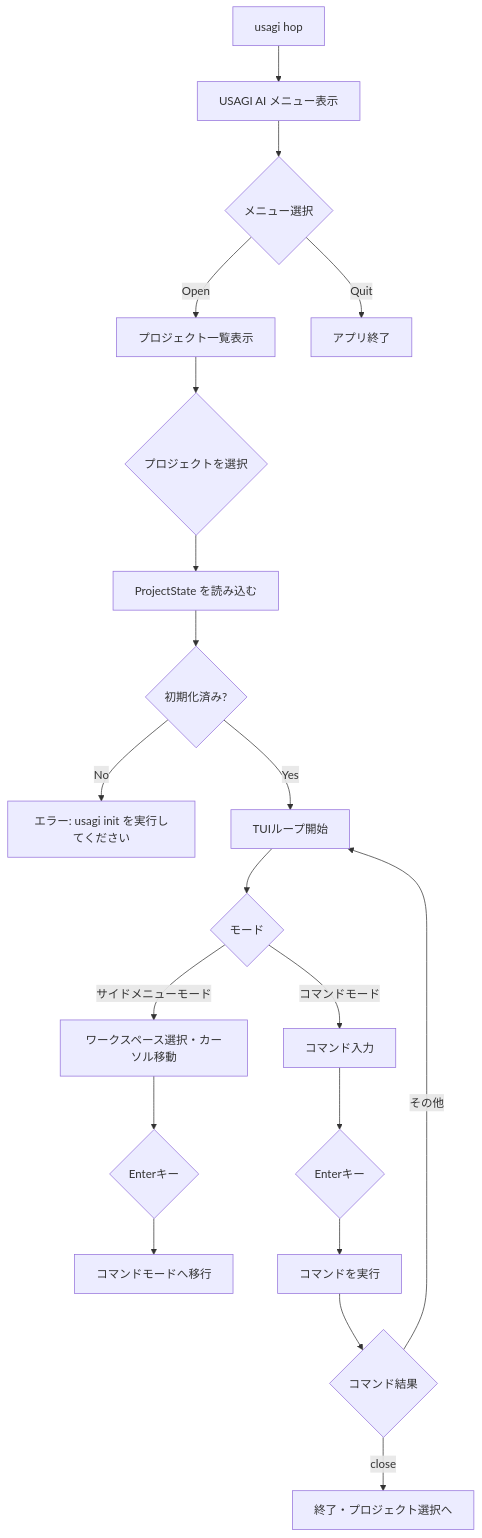
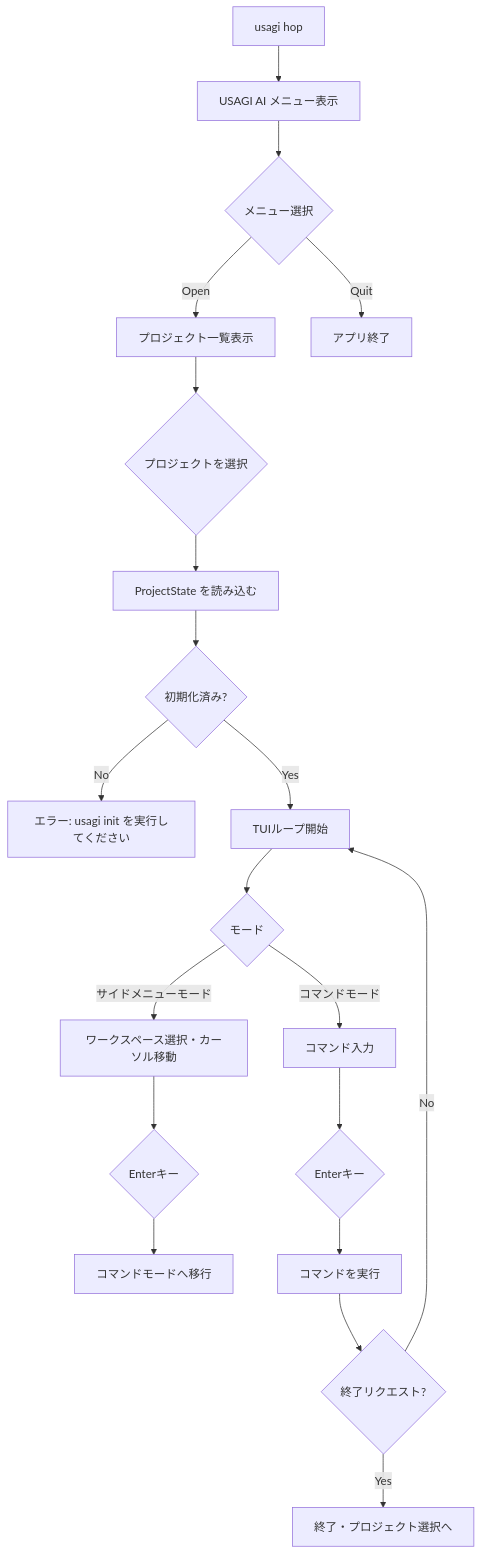
Before and after one commit to KKyosuke/usagi.ai: the diagram in doc/cli/hop.md, drawn with Mermaid. The commit also changed other lines of this file and 17 other files, not shown here.

````diff
--- a/doc/cli/hop.md
+++ b/doc/cli/hop.md
@@ -111,22 +112,22 @@
 ```mermaid
 flowchart TD
     A[usagi hop] --> B[USAGI AI メニュー表示]
     B --> C{メニュー選択}
     C -- Open --> D[プロジェクト一覧表示]
     D --> E{プロジェクトを選択}
     E --> F[ProjectState を読み込む]
     F --> G{初期化済み?}
     G -- No --> H[エラー: usagi init を実行してください]
     G -- Yes --> I[TUIループ開始]
     I --> J{モード}
     J -- サイドメニューモード --> K[ワークスペース選択・カーソル移動]
     K --> L{Enterキー}
     L --> M[コマンドモードへ移行]
     J -- コマンドモード --> N[コマンド入力]
     N --> O{Enterキー}
     O --> P[コマンドを実行]
-    P --> Q{コマンド結果}
-    Q -- close --> R[終了・プロジェクト選択へ]
-    Q -- その他 --> I
+    P --> Q{終了リクエスト?}
+    Q -- Yes --> R[終了・プロジェクト選択へ]
+    Q -- No --> I
     C -- Quit --> S[アプリ終了]
 ```
````
